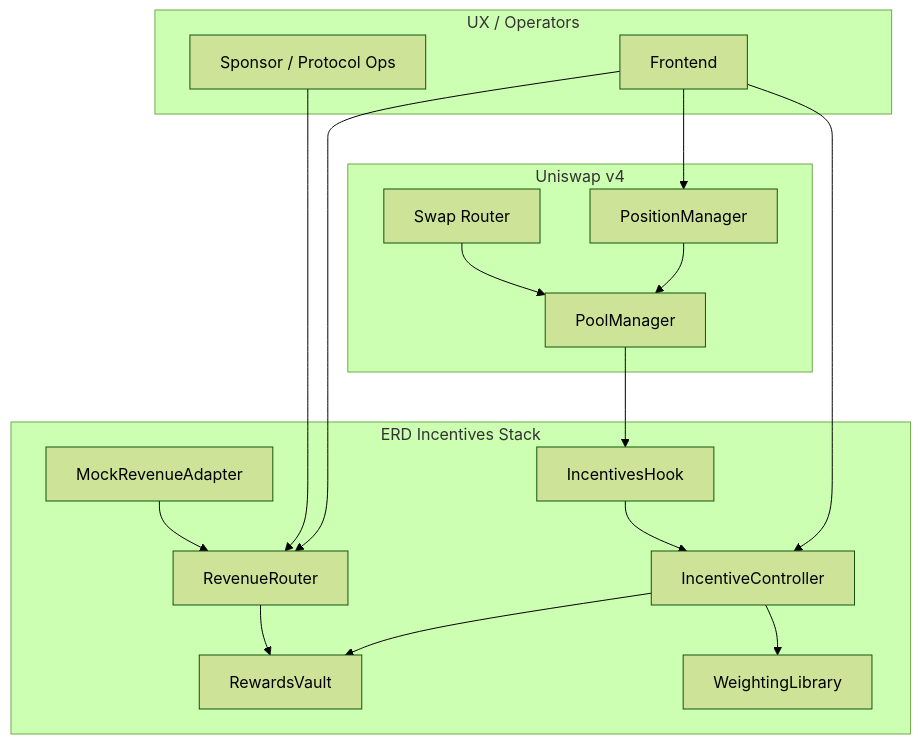
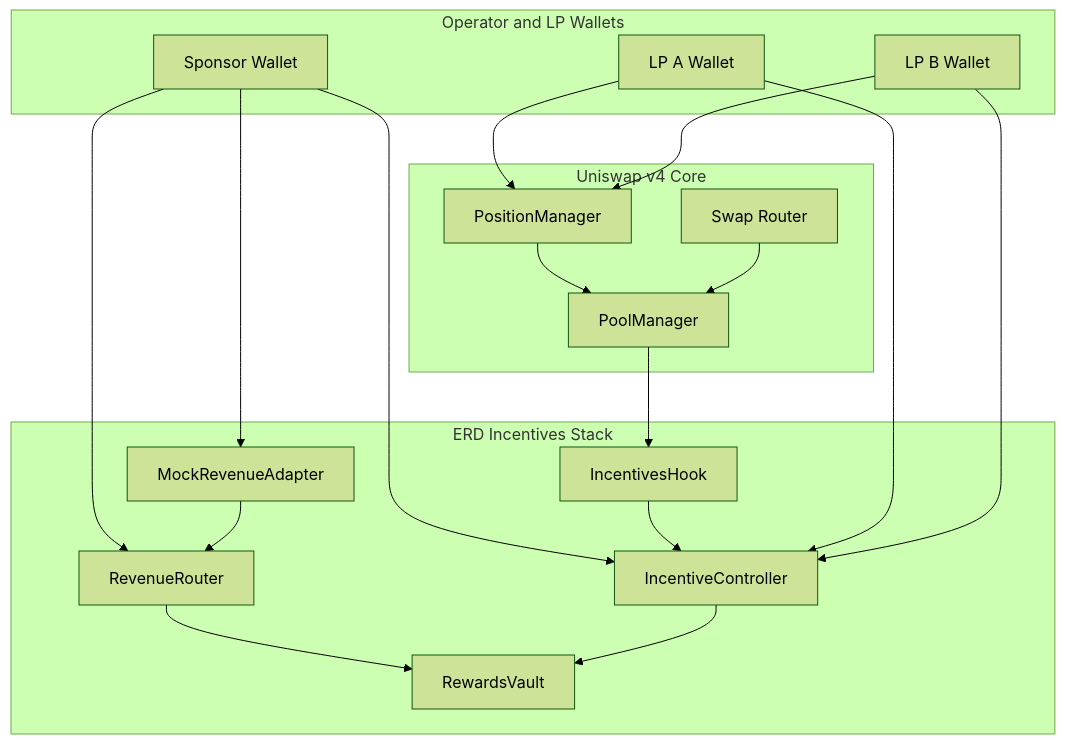
One commit to blue-benz/ERD-Hook changed the second of 3 diagrams in README.md. Above: the diagram before and after it, drawn with Mermaid (forest theme). The commit also changed other lines of this file and 1 other file, not shown here.

````diff
--- a/README.md
+++ b/README.md
@@ -88,35 +76,38 @@
 ```mermaid
-flowchart TB
-  subgraph UX["UX / Operators"]
-    FE[Frontend]
-    SP[Sponsor / Protocol Ops]
+flowchart TD
+  subgraph UserOps[Operator and LP Wallets]
+    Sponsor[Sponsor Wallet]
+    LP_A[LP A Wallet]
+    LP_B[LP B Wallet]
   end
 
-  subgraph UniV4["Uniswap v4"]
+  subgraph UniswapV4[Uniswap v4 Core]
     PM[PoolManager]
     POSM[PositionManager]
-    SR[Swap Router]
+    SWAP[Swap Router]
   end
 
-  subgraph ERD["ERD Incentives Stack"]
-    HK[IncentivesHook]
-    IC[IncentiveController]
-    RR[RevenueRouter]
-    RV[RewardsVault]
-    WL[WeightingLibrary]
-    RA[MockRevenueAdapter]
+  subgraph ERD[ERD Incentives Stack]
+    Hook[IncentivesHook]
+    Ctrl[IncentiveController]
+    Router[RevenueRouter]
+    Vault[RewardsVault]
+    Adapter[MockRevenueAdapter]
   end
 
-  FE --> IC
-  FE --> RR
-  FE --> POSM
-  SP --> RR
+  Sponsor --> Ctrl
+  Sponsor --> Router
+  Sponsor --> Adapter
+  Adapter --> Router
+  Router --> Vault
+
+  LP_A --> POSM
+  LP_B --> POSM
   POSM --> PM
-  SR --> PM
-  PM --> HK
-  HK --> IC
-  IC --> RV
-  IC --> WL
-  RR --> RV
-  RA --> RR
+  SWAP --> PM
+  PM --> Hook
+  Hook --> Ctrl
+  Ctrl --> Vault
+  LP_A --> Ctrl
+  LP_B --> Ctrl
 ```
````
